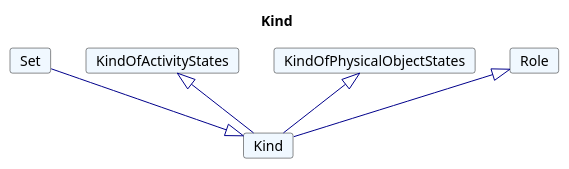
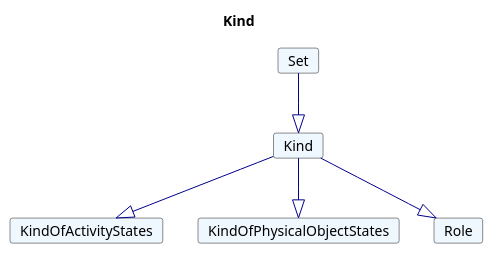
The diagram in fragments/puml/Kind.plantuml (rtigran/rdf2adoc), drawn with PlantUML before and after one commit. The commit also changed 111 other files, not shown here.

Commit message:
fix for diagram plantuml, diagram generartion switchded off

```diff
--- a/fragments/puml/Kind.plantuml
+++ b/fragments/puml/Kind.plantuml
@@ -1,23 +1,23 @@
 @startuml
 Title Kind 
 
 Card Kind #F0F8FF [
 Kind
 ]
 Card Set #F0F8FF [
 Set
 ]
 Set --|> Kind  #00008B 
 Card KindOfActivityStates #F0F8FF [
 KindOfActivityStates
 ]
-KindOfActivityStates <|-- Kind  #00008B 
+Kind --|> KindOfActivityStates  #00008B 
 Card KindOfPhysicalObjectStates #F0F8FF [
 KindOfPhysicalObjectStates
 ]
-KindOfPhysicalObjectStates <|-- Kind  #00008B 
+Kind --|> KindOfPhysicalObjectStates  #00008B 
 Card Role #F0F8FF [
 Role
 ]
-Role <|-- Kind  #00008B 
+Kind --|> Role  #00008B 
 @enduml
```
